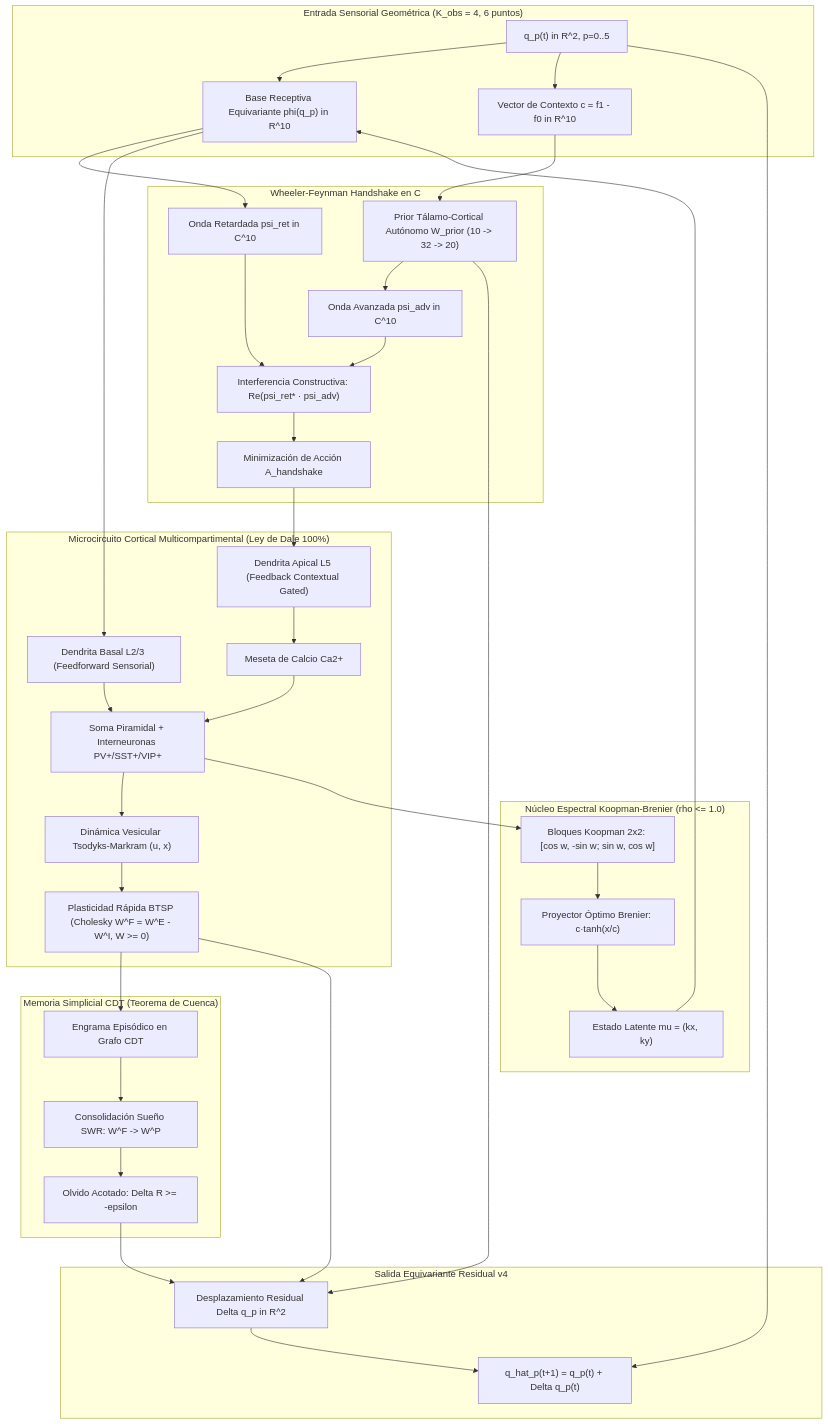
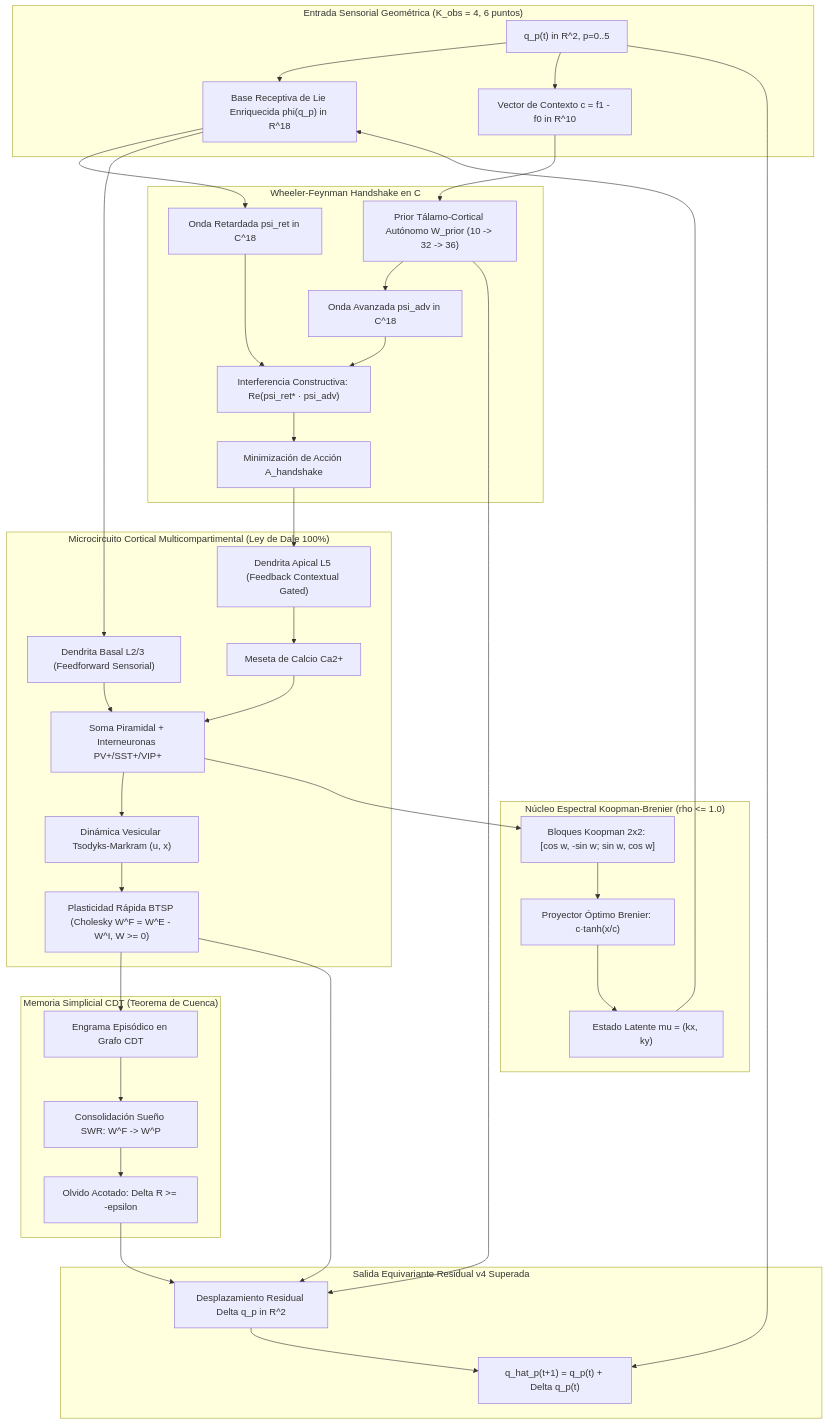
Before and after one commit to GerardoRosas-27/neuro-geometrica_multi-agente: the diagram in bio_quantum_engine/README.md, drawn with Mermaid. The commit also changed other lines of this file and 5 other files, not shown here.

````diff
--- a/bio_quantum_engine/README.md
+++ b/bio_quantum_engine/README.md
@@ -38,42 +32,42 @@
 ```mermaid
 flowchart TD
     subgraph SENSORY["Entrada Sensorial Geométrica (K_obs = 4, 6 puntos)"]
-        Q["q_p(t) in R^2, p=0..5"] --> BE["Base Receptiva Equivariante phi(q_p) in R^10"]
+        Q["q_p(t) in R^2, p=0..5"] --> BE["Base Receptiva de Lie Enriquecida phi(q_p) in R^18"]
         Q --> CTX["Vector de Contexto c = f1 - f0 in R^10"]
     end
 
     subgraph QUANTUM["Wheeler-Feynman Handshake en C"]
-        BE --> PSI_RET["Onda Retardada psi_ret in C^10"]
-        CTX --> PRIOR["Prior Tálamo-Cortical Autónomo W_prior (10 -> 32 -> 20)"]
-        PRIOR --> PSI_ADV["Onda Avanzada psi_adv in C^10"]
+        BE --> PSI_RET["Onda Retardada psi_ret in C^18"]
+        CTX --> PRIOR["Prior Tálamo-Cortical Autónomo W_prior (10 -> 32 -> 36)"]
+        PRIOR --> PSI_ADV["Onda Avanzada psi_adv in C^18"]
         PSI_RET & PSI_ADV --> COH["Interferencia Constructiva: Re(psi_ret* · psi_adv)"]
         COH --> ACTION["Minimización de Acción A_handshake"]
     end
 
     subgraph DALE_CORTEX["Microcircuito Cortical Multicompartimental (Ley de Dale 100%)"]
         BE --> BASAL["Dendrita Basal L2/3 (Feedforward Sensorial)"]
         ACTION --> APICAL["Dendrita Apical L5 (Feedback Contextual Gated)"]
         APICAL --> CA_PLATEAU["Meseta de Calcio Ca2+"]
         BASAL & CA_PLATEAU --> SOMA["Soma Piramidal + Interneuronas PV+/SST+/VIP+"]
         SOMA --> STP["Dinámica Vesicular Tsodyks-Markram (u, x)"]
         STP --> BTSP["Plasticidad Rápida BTSP (Cholesky W^F = W^E - W^I, W >= 0)"]
     end
 
     subgraph SPECTRAL_KOOPMAN["Núcleo Espectral Koopman-Brenier (rho <= 1.0)"]
         SOMA --> KP_EVOLVE["Bloques Koopman 2x2: [cos w, -sin w; sin w, cos w]"]
         KP_EVOLVE --> BRENIER["Proyector Óptimo Brenier: c·tanh(x/c)"]
         BRENIER --> KP_STATE["Estado Latente mu = (kx, ky)"]
         KP_STATE --> BE
     end
 
     subgraph TOPOLOGY_CDT["Memoria Simplicial CDT (Teorema de Cuenca)"]
         BTSP --> REPLAY["Engrama Episódico en Grafo CDT"]
         REPLAY --> SWR_SLEEP["Consolidación Sueño SWR: W^F -> W^P"]
         SWR_SLEEP --> BASIN_BOUND["Olvido Acotado: Delta R >= -epsilon"]
     end
 
-    subgraph RESIDUAL_OUTPUT["Salida Equivariante Residual v4"]
+    subgraph RESIDUAL_OUTPUT["Salida Equivariante Residual v4 Superada"]
         BTSP & PRIOR & BASIN_BOUND --> DELTA_Q["Desplazamiento Residual Delta q_p in R^2"]
         DELTA_Q & Q --> NEXT_Q["q_hat_p(t+1) = q_p(t) + Delta q_p(t)"]
     end
 ```
````
